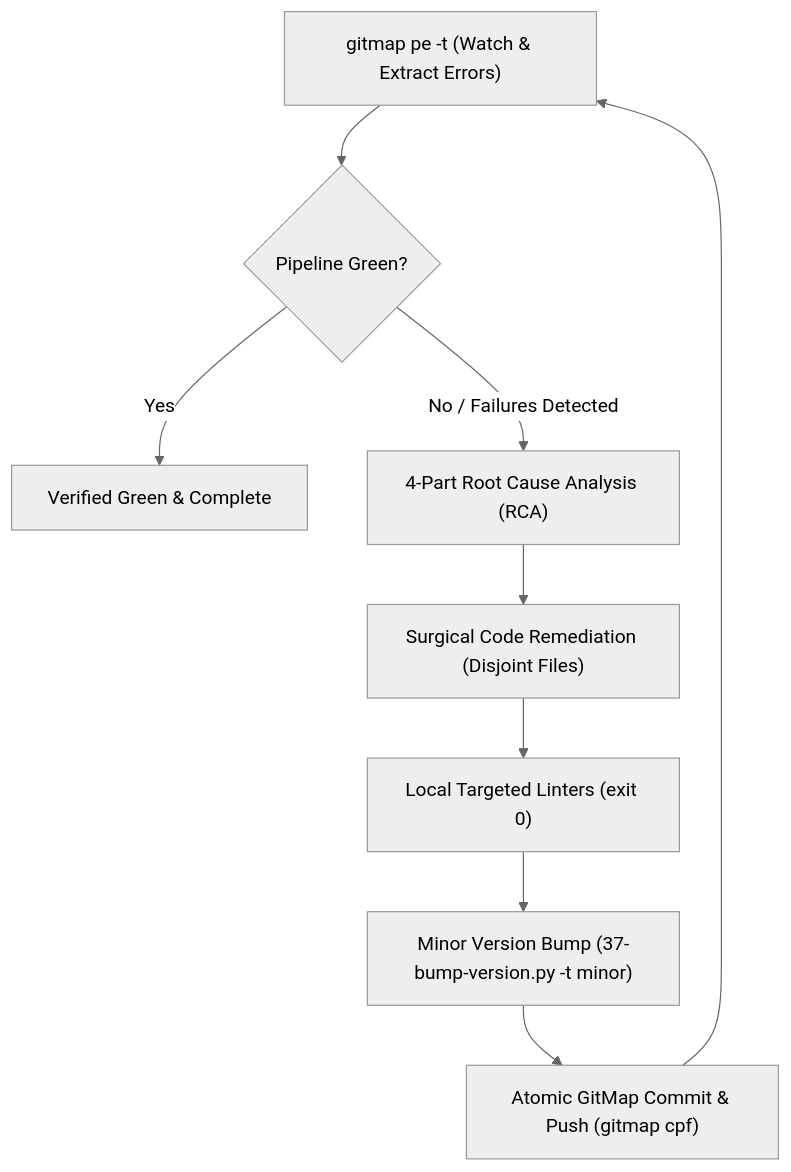
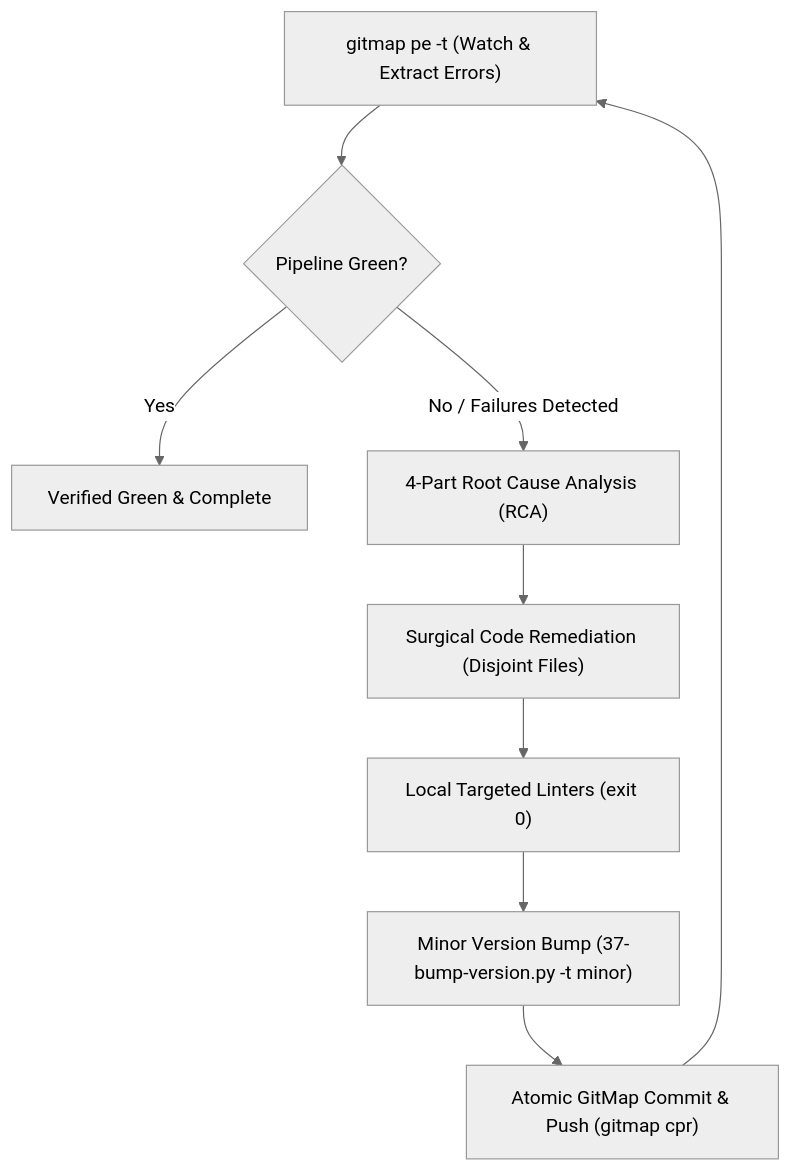
One commit to alimtvnetwork/scripts-fixer-v20 changed the diagram in .agents/skills/ci-cd-fix-gitmap-release/skill.md. Above: the diagram before and after it, drawn with Mermaid (neutral theme). The commit also changed other lines of this file and 54 other files, not shown here.

````diff
--- a/.agents/skills/ci-cd-fix-gitmap-release/skill.md
+++ b/.agents/skills/ci-cd-fix-gitmap-release/skill.md
@@ -15,11 +15,11 @@
 ```mermaid
 flowchart TD
     A["gitmap pe -t (Watch & Extract Errors)"] --> B{"Pipeline Green?"}
     B -- "Yes" --> C["Verified Green & Complete"]
     B -- "No / Failures Detected" --> D["4-Part Root Cause Analysis (RCA)"]
     D --> E["Surgical Code Remediation (Disjoint Files)"]
     E --> F["Local Targeted Linters (exit 0)"]
     F --> G["Minor Version Bump (37-bump-version.py -t minor)"]
-    G --> H["Atomic GitMap Commit & Push (gitmap cpf)"]
+    G --> H["Atomic GitMap Commit & Push (gitmap cpr)"]
     H --> A
 ```
````
